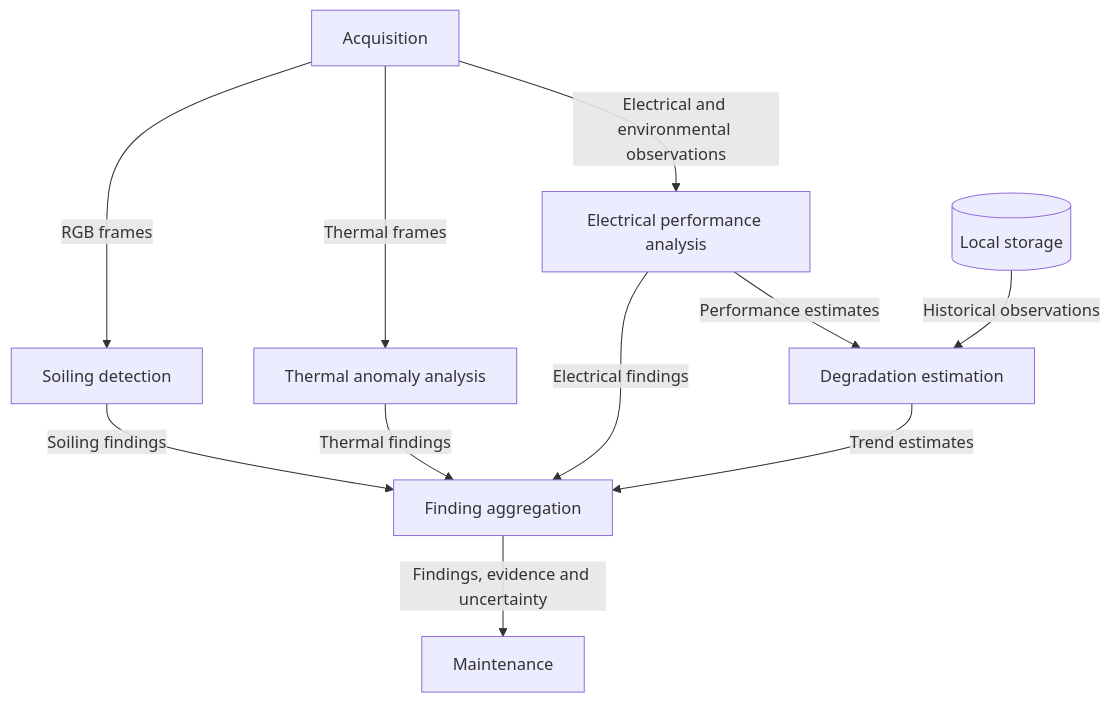
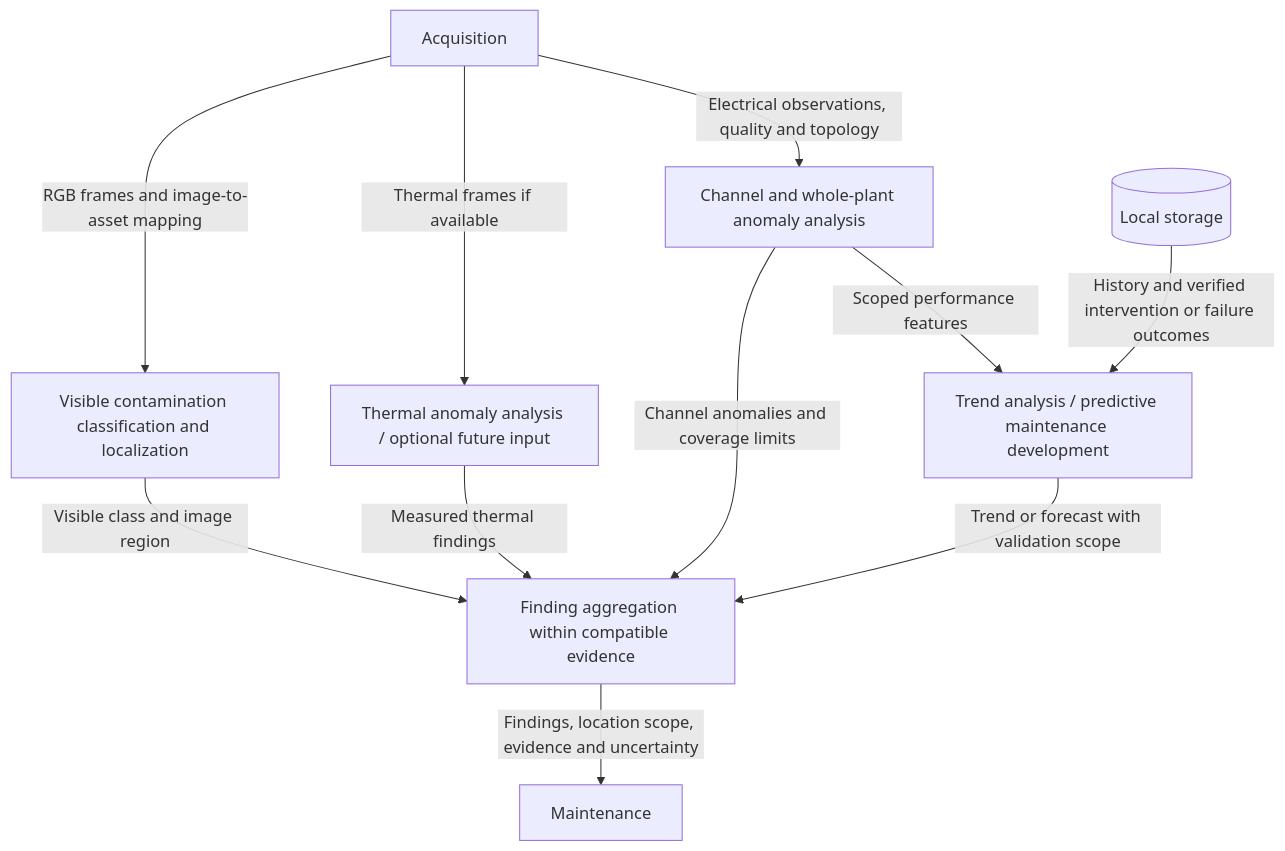
Before and after one commit to B-AROL-O/hackturin-2026: the diagram in docs/architecture/components/diagnostics.md, drawn with Mermaid. The commit also changed other lines of this file and 28 other files, not shown here.

Commit message:
docs(poopvolt): renew company offer, architecture and pitch

````diff
--- a/docs/architecture/components/diagnostics.md
+++ b/docs/architecture/components/diagnostics.md
@@ -10,21 +10,21 @@
 ```mermaid
 flowchart TB
     acquisition["Acquisition"]
-    rgb["Soiling detection"]
-    thermal["Thermal anomaly analysis"]
-    electrical["Electrical performance analysis"]
+    rgb["Visible contamination classification and localization"]
+    thermal["Thermal anomaly analysis / optional future input"]
+    electrical["Channel and whole-plant anomaly analysis"]
     history[("Local storage")]
-    degradation["Degradation estimation"]
-    fusion["Finding aggregation"]
+    trends["Trend analysis / predictive maintenance development"]
+    fusion["Finding aggregation within compatible evidence"]
     maintenance["Maintenance"]
-    acquisition -->|RGB frames| rgb
-    acquisition -->|Thermal frames| thermal
-    acquisition -->|Electrical and environmental observations| electrical
-    electrical -->|Performance estimates| degradation
-    history -->|Historical observations| degradation
-    rgb -->|Soiling findings| fusion
-    thermal -->|Thermal findings| fusion
-    electrical -->|Electrical findings| fusion
-    degradation -->|Trend estimates| fusion
-    fusion -->|Findings, evidence and uncertainty| maintenance
+    acquisition -->|RGB frames and image-to-asset mapping| rgb
+    acquisition -->|Thermal frames if available| thermal
+    acquisition -->|Electrical observations, quality and topology| electrical
+    electrical -->|Scoped performance features| trends
+    history -->|History and verified intervention or failure outcomes| trends
+    rgb -->|Visible class and image region| fusion
+    thermal -->|Measured thermal findings| fusion
+    electrical -->|Channel anomalies and coverage limits| fusion
+    trends -->|Trend or forecast with validation scope| fusion
+    fusion -->|Findings, location scope, evidence and uncertainty| maintenance
 ```
````
